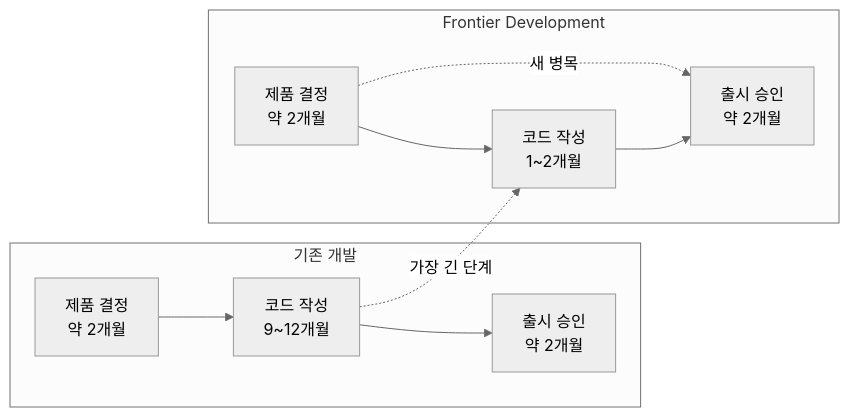
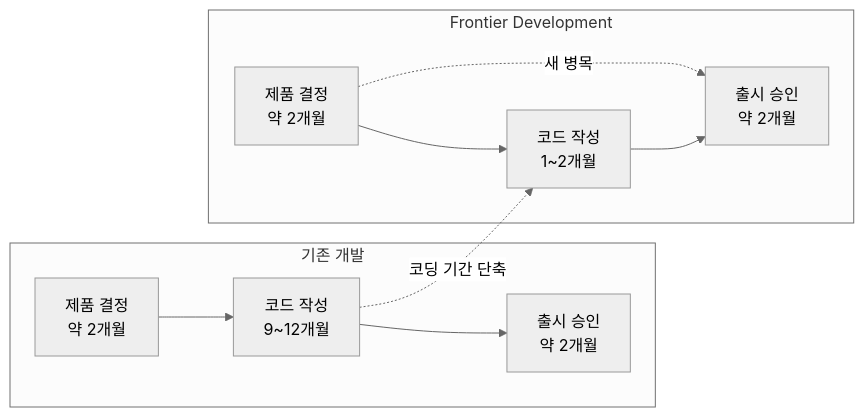
One commit to haandol/haandol.github.com changed the fourth of 5 diagrams in _posts/2026-08-31-frontier-development-habits.md. Above: the diagram before and after it, drawn with Mermaid (neutral theme). The commit also changed other lines of this file and 8 other files, not shown here.

````diff
--- a/_posts/2026-08-31-frontier-development-habits.md
+++ b/_posts/2026-08-31-frontier-development-habits.md
@@ -296,15 +280,15 @@
 ```mermaid
 flowchart LR
     subgraph BEFORE["기존 개발"]
         BD["제품 결정<br/>약 2개월"] --> BC["코드 작성<br/>9~12개월"]
         BC --> BL["출시 승인<br/>약 2개월"]
     end
 
     subgraph AFTER["Frontier Development"]
         AD["제품 결정<br/>약 2개월"] --> AC["코드 작성<br/>1~2개월"]
         AC --> AL["출시 승인<br/>약 2개월"]
     end
 
-    BC -. "가장 긴 단계" .-> AC
+    BC -. "코딩 기간 단축" .-> AC
     AD -. "새 병목" .-> AL
 ```
````
